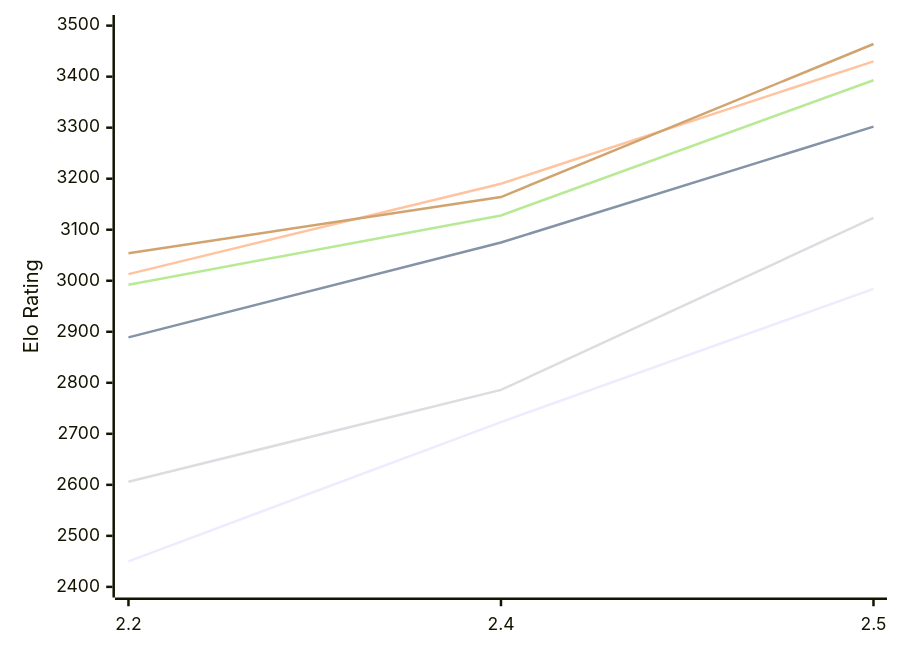
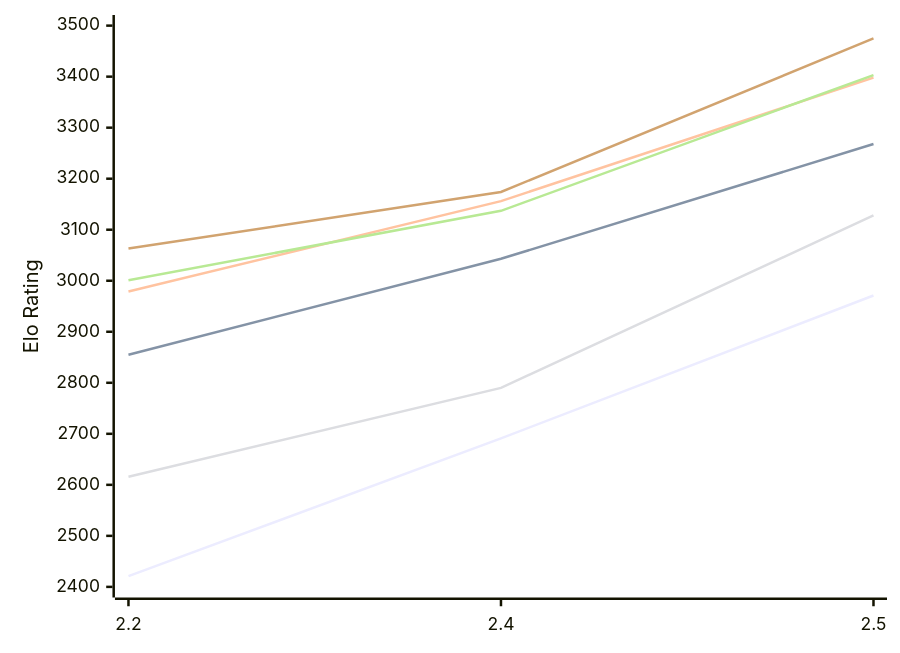
One commit to computer-chess-index/cci changed the first of 2 diagrams in engines/Sloth.md. Above: the diagram before and after it, drawn with Mermaid. The commit also changed other lines of this file, not shown here.

Commit message:
Update CCI Ratings (ELO VLTC) - 2026-11-12

````diff
--- a/engines/Sloth.md
+++ b/engines/Sloth.md
@@ -52,12 +52,12 @@
 ```mermaid
 %%{init: {"theme":"base","themeVariables":{"seriesColors:['#a3a3a3','#222221','#faa371']}}}%%
 xychart-beta
   x-axis ["2.2", "2.4", "2.5"]
   y-axis "Elo Rating" 2400 --> 3500
-  line "E1: STC (8.0+0.08s)" [2450, 2723, 2984]
-  line "E1: LTC (60.0+0.60s)" [2889, 3075, 3302]
-  line "E1: VLTC (2m24s+1.12s)" [3013, 3190, 3430]
-  line "P1: STC (8.0+0.08s)" [2606, 2786, 3123]
-  line "P1: LTC (60.0+0.60s)" [2992, 3128, 3393]
-  line "P1: VLTC (2m24s+1.12s)" [3054, 3164, 3464]
+  line "E1: STC (8.0+0.08s)" [2421, 2691, 2971]
+  line "E1: LTC (60.0+0.60s)" [2855, 3043, 3268]
+  line "E1: VLTC (2m24s+1.12s)" [2979, 3156, 3398]
+  line "P1: STC (8.0+0.08s)" [2616, 2790, 3128]
+  line "P1: LTC (60.0+0.60s)" [3001, 3137, 3403]
+  line "P1: VLTC (2m24s+1.12s)" [3063, 3174, 3475]
 ```
````
